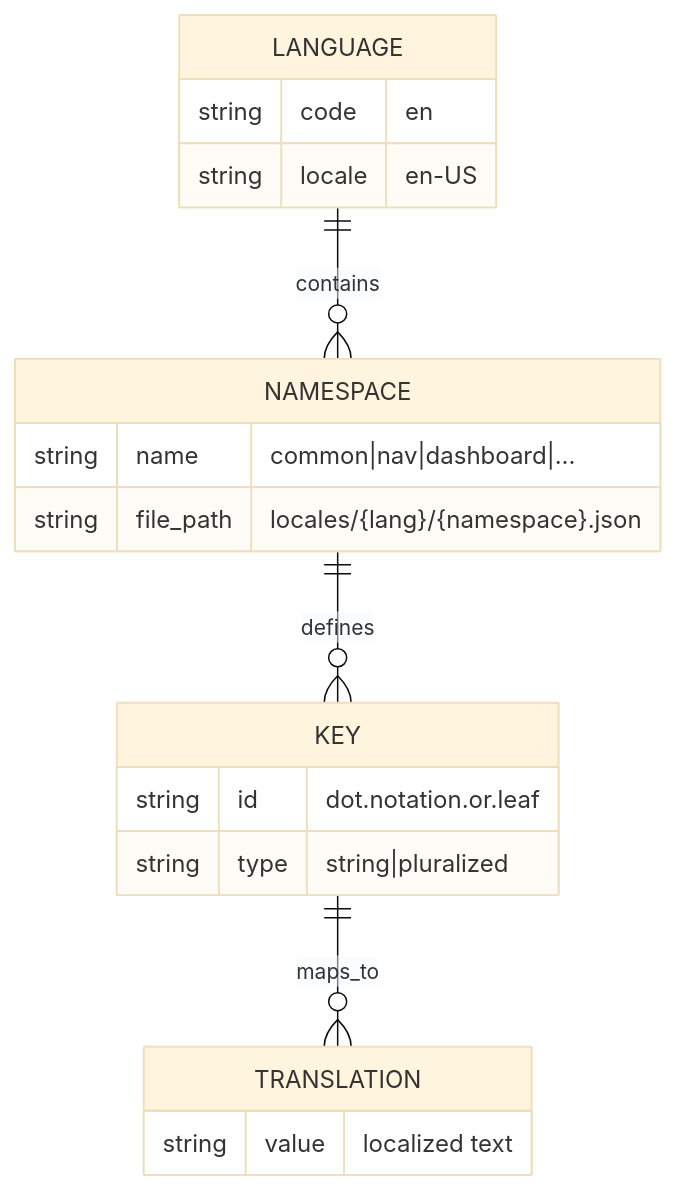
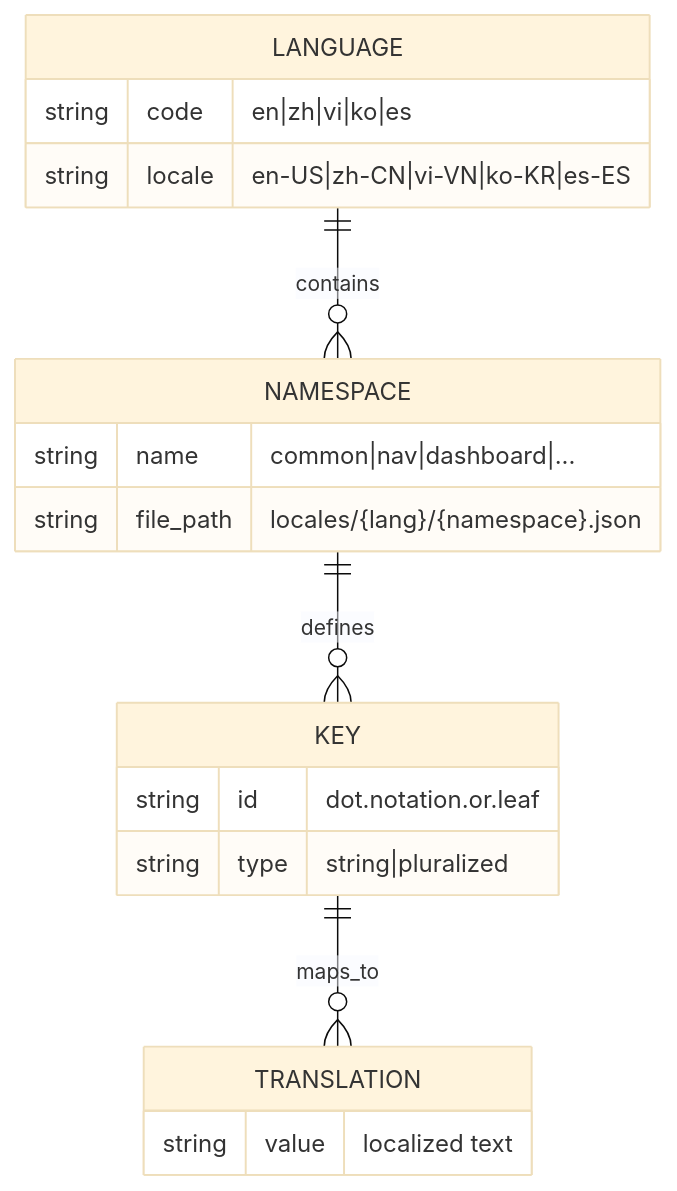
The second of 7 diagrams in docs/I18N.md (buluma/Code-Agent-Monitor), drawn with Mermaid (base theme) before and after one commit. The commit also changed other lines of this file and 1142 other files, not shown here.

````diff
--- a/docs/I18N.md
+++ b/docs/I18N.md
@@ -68,22 +75,22 @@
 ```mermaid
 erDiagram
     LANGUAGE ||--o{ NAMESPACE : contains
     NAMESPACE ||--o{ KEY : defines
     KEY ||--o{ TRANSLATION : maps_to
 
     LANGUAGE {
-        string code "en"
-        string locale "en-US"
+        string code "en|zh|vi|ko|es"
+        string locale "en-US|zh-CN|vi-VN|ko-KR|es-ES"
     }
     NAMESPACE {
         string name "common|nav|dashboard|..."
         string file_path "locales/{lang}/{namespace}.json"
     }
     KEY {
         string id "dot.notation.or.leaf"
         string type "string|pluralized"
     }
     TRANSLATION {
         string value "localized text"
     }
 ```
````
